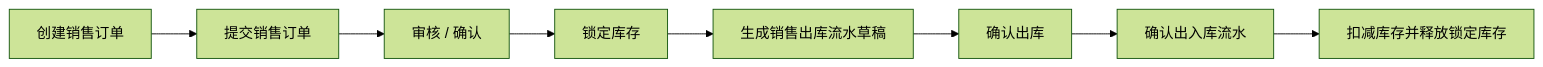
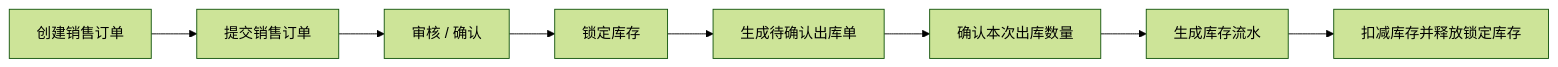
One commit to LI-S-H/qiheng-erp changed the fourth of 10 diagrams in docs/erp-project-plan.md. Above: the diagram before and after it, drawn with Mermaid (forest theme). The commit also changed other lines of this file and 74 other files, not shown here.

````diff
--- a/docs/erp-project-plan.md
+++ b/docs/erp-project-plan.md
@@ -372,10 +374,10 @@
 ```mermaid
 flowchart LR
     A["创建销售订单"] --> B["提交销售订单"]
     B --> C["审核 / 确认"]
     C --> D["锁定库存"]
-    D --> E["生成销售出库流水草稿"]
-    E --> F["确认出库"]
-    F --> G["确认出入库流水"]
+    D --> E["生成待确认出库单"]
+    E --> F["确认本次出库数量"]
+    F --> G["生成库存流水"]
     G --> H["扣减库存并释放锁定库存"]
 ```
````
